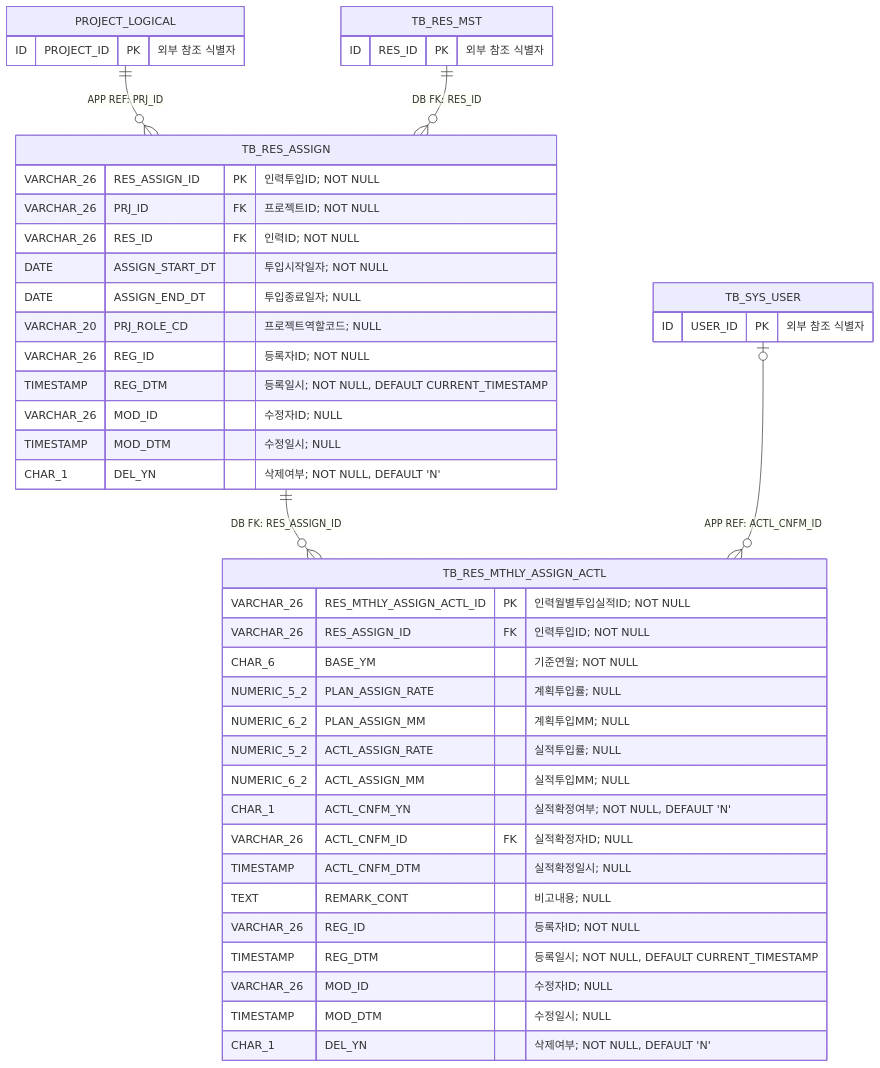
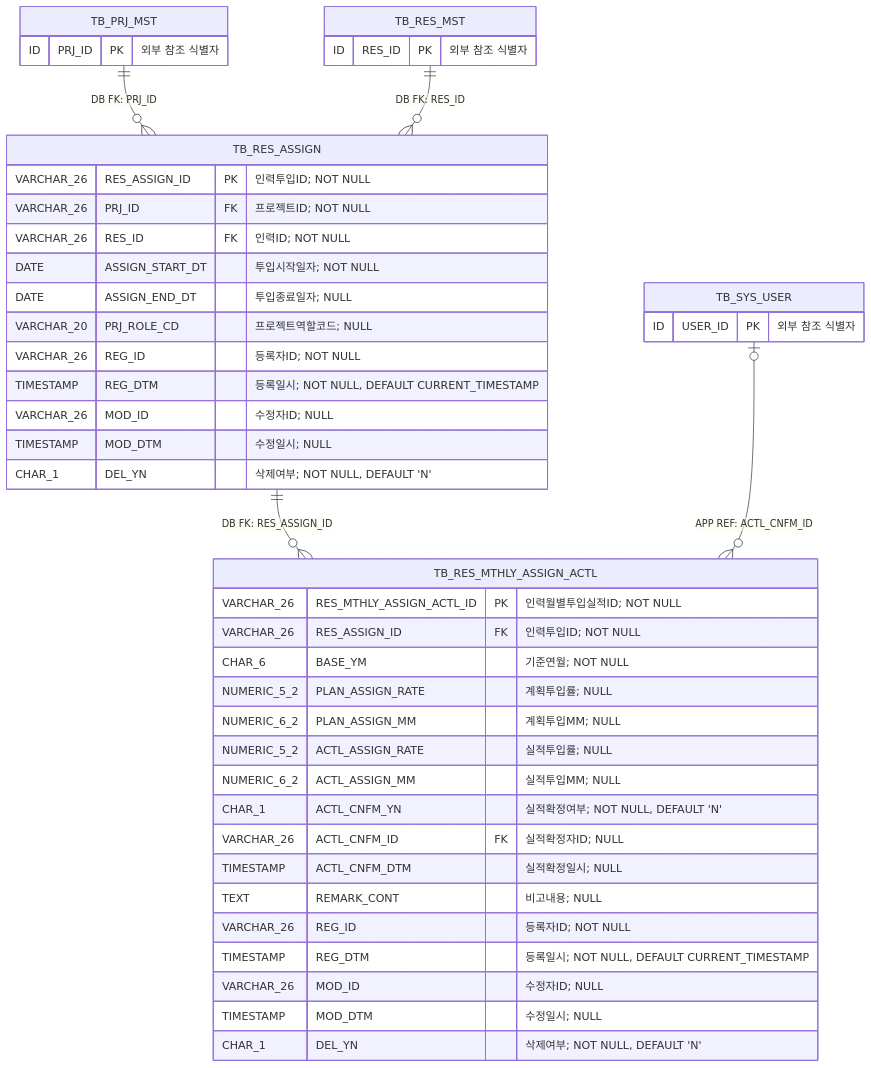
The fifth of 5 diagrams in docs/02.architecture/02.data-architecture/04.model-diagrams/physical/07.resource-management-erd.md (MrKkondae/business-management-system), drawn with Mermaid before and after one commit. The commit also changed other lines of this file and 22 other files, not shown here.

````diff
--- a/docs/02.architecture/02.data-architecture/04.model-diagrams/physical/07.resource-management-erd.md
+++ b/docs/02.architecture/02.data-architecture/04.model-diagrams/physical/07.resource-management-erd.md
@@ -280,47 +280,47 @@
 ```mermaid
 erDiagram
     TB_RES_ASSIGN {
         VARCHAR_26 RES_ASSIGN_ID PK "인력투입ID; NOT NULL"
         VARCHAR_26 PRJ_ID FK "프로젝트ID; NOT NULL"
         VARCHAR_26 RES_ID FK "인력ID; NOT NULL"
         DATE ASSIGN_START_DT "투입시작일자; NOT NULL"
         DATE ASSIGN_END_DT "투입종료일자; NULL"
         VARCHAR_20 PRJ_ROLE_CD "프로젝트역할코드; NULL"
         VARCHAR_26 REG_ID "등록자ID; NOT NULL"
         TIMESTAMP REG_DTM "등록일시; NOT NULL, DEFAULT CURRENT_TIMESTAMP"
         VARCHAR_26 MOD_ID "수정자ID; NULL"
         TIMESTAMP MOD_DTM "수정일시; NULL"
         CHAR_1 DEL_YN "삭제여부; NOT NULL, DEFAULT 'N'"
     }
     TB_RES_MTHLY_ASSIGN_ACTL {
         VARCHAR_26 RES_MTHLY_ASSIGN_ACTL_ID PK "인력월별투입실적ID; NOT NULL"
         VARCHAR_26 RES_ASSIGN_ID FK "인력투입ID; NOT NULL"
         CHAR_6 BASE_YM "기준연월; NOT NULL"
         NUMERIC_5_2 PLAN_ASSIGN_RATE "계획투입률; NULL"
         NUMERIC_6_2 PLAN_ASSIGN_MM "계획투입MM; NULL"
         NUMERIC_5_2 ACTL_ASSIGN_RATE "실적투입률; NULL"
         NUMERIC_6_2 ACTL_ASSIGN_MM "실적투입MM; NULL"
         CHAR_1 ACTL_CNFM_YN "실적확정여부; NOT NULL, DEFAULT 'N'"
         VARCHAR_26 ACTL_CNFM_ID FK "실적확정자ID; NULL"
         TIMESTAMP ACTL_CNFM_DTM "실적확정일시; NULL"
         TEXT REMARK_CONT "비고내용; NULL"
         VARCHAR_26 REG_ID "등록자ID; NOT NULL"
         TIMESTAMP REG_DTM "등록일시; NOT NULL, DEFAULT CURRENT_TIMESTAMP"
         VARCHAR_26 MOD_ID "수정자ID; NULL"
         TIMESTAMP MOD_DTM "수정일시; NULL"
         CHAR_1 DEL_YN "삭제여부; NOT NULL, DEFAULT 'N'"
     }
+    TB_PRJ_MST {
+        ID PRJ_ID PK "외부 참조 식별자"
+    }
     TB_RES_MST {
         ID RES_ID PK "외부 참조 식별자"
     }
     TB_SYS_USER {
         ID USER_ID PK "외부 참조 식별자"
     }
-    PROJECT_LOGICAL {
-        ID PROJECT_ID PK "외부 참조 식별자"
-    }
-    PROJECT_LOGICAL ||--o{ TB_RES_ASSIGN : "APP REF: PRJ_ID"
+    TB_PRJ_MST ||--o{ TB_RES_ASSIGN : "DB FK: PRJ_ID"
     TB_RES_MST ||--o{ TB_RES_ASSIGN : "DB FK: RES_ID"
     TB_RES_ASSIGN ||--o{ TB_RES_MTHLY_ASSIGN_ACTL : "DB FK: RES_ASSIGN_ID"
     TB_SYS_USER o|--o{ TB_RES_MTHLY_ASSIGN_ACTL : "APP REF: ACTL_CNFM_ID"
 ```
````
